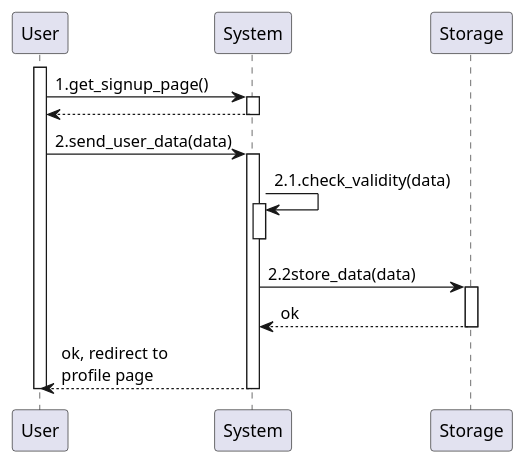
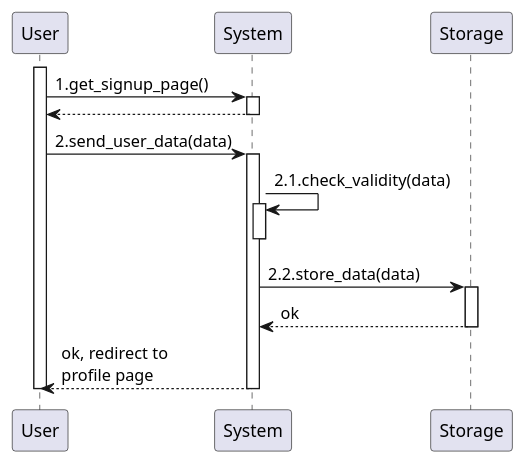
The first of 3 diagrams in RASD/materials/uml/useCases/signUp&login.wsd (GiorgioUghini/SafeStreets), drawn with PlantUML before and after one commit. The commit also changed 14 other files, not shown here.

```diff
--- a/RASD/materials/uml/useCases/signUp&login.wsd
+++ b/RASD/materials/uml/useCases/signUp&login.wsd
@@ -1,18 +1,18 @@
 @startuml sign_up
     autoactivate on
 
     participant User as U
     participant System as S
     participant Storage as ST
 
     activate U
     U -> S: 1.get_signup_page()
     return
     U -> S: 2.send_user_data(data)
     S -> S: 2.1.check_validity(data)
     deactivate S
-    S -> ST: 2.2store_data(data)
+    S -> ST: 2.2.store_data(data)
     return ok
     return ok, redirect to\nprofile page
     deactivate U
 @enduml
```
